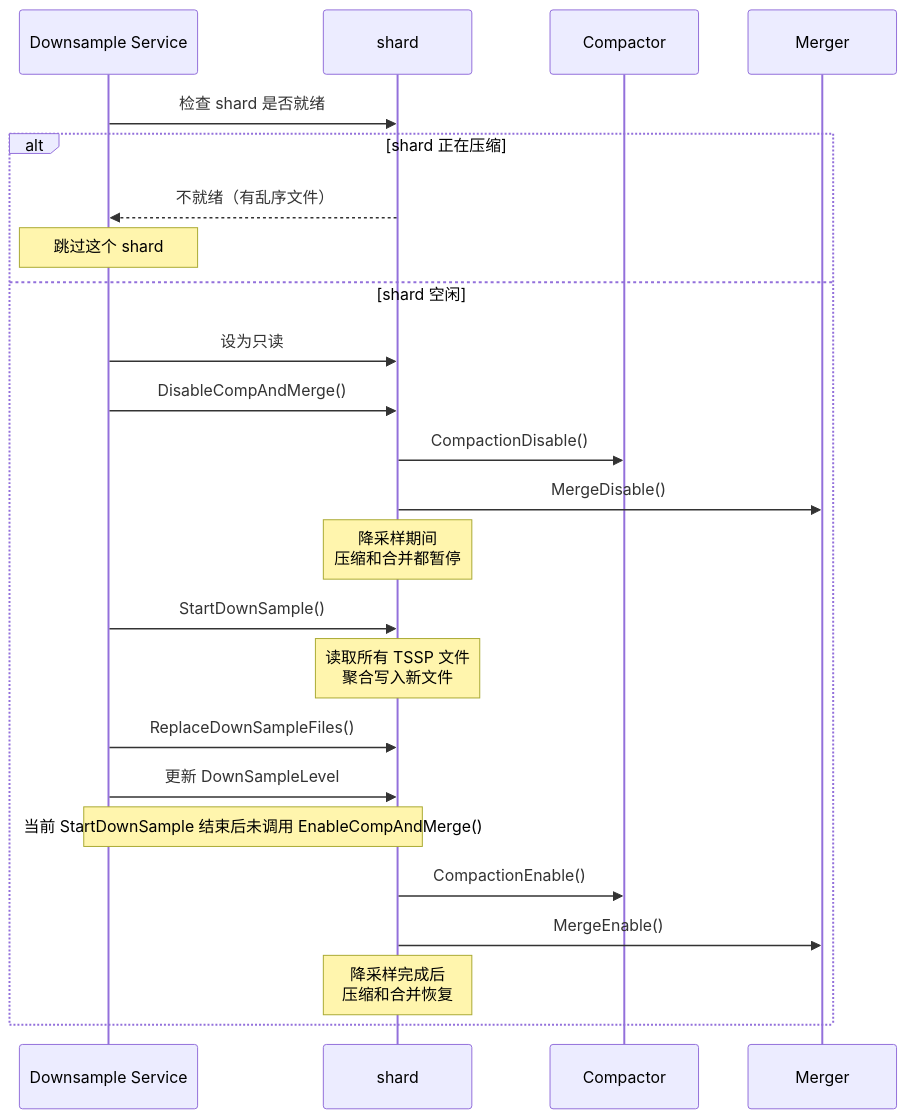
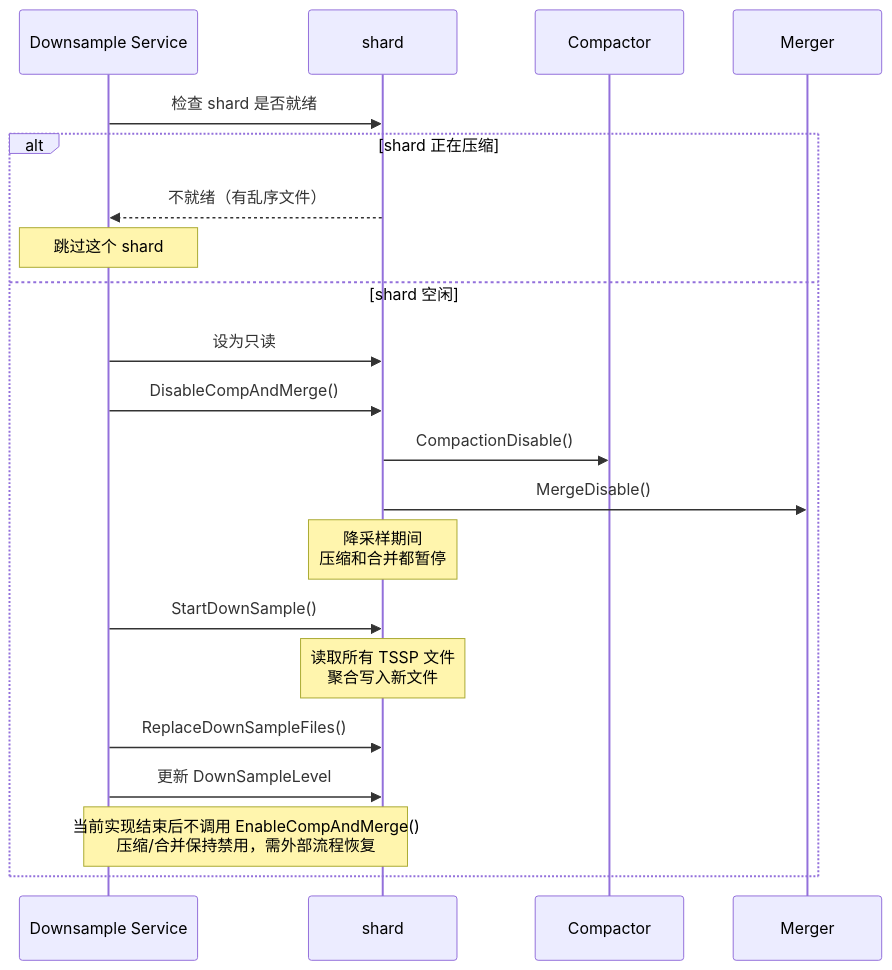
Diagram 13 of 18 in docs/specs/05_downsampling_spec.md (stefanv5/openGemini), drawn with Mermaid before and after one commit. The commit also changed other lines of this file and 37 other files, not shown here.

````diff
--- a/docs/specs/05_downsampling_spec.md
+++ b/docs/specs/05_downsampling_spec.md
@@ -1729,32 +1767,28 @@
 ```mermaid
 sequenceDiagram
     participant DS as Downsample Service
     participant Shard as shard
     participant Comp as Compactor
     participant Merge as Merger
 
     DS->>Shard: 检查 shard 是否就绪
 
     alt shard 正在压缩
         Shard-->>DS: 不就绪（有乱序文件）
         Note over DS: 跳过这个 shard
     else shard 空闲
         DS->>Shard: 设为只读
         DS->>Shard: DisableCompAndMerge()
         Shard->>Comp: CompactionDisable()
         Shard->>Merge: MergeDisable()
 
         Note over Shard: 降采样期间<br/>压缩和合并都暂停
 
         DS->>Shard: StartDownSample()
         Note over Shard: 读取所有 TSSP 文件<br/>聚合写入新文件
 
         DS->>Shard: ReplaceDownSampleFiles()
         DS->>Shard: 更新 DownSampleLevel
-        Note over DS,Shard: 当前 StartDownSample 结束后未调用 EnableCompAndMerge()
-        Shard->>Comp: CompactionEnable()
-        Shard->>Merge: MergeEnable()
-
-        Note over Shard: 降采样完成后<br/>压缩和合并恢复
+        Note over DS,Shard: 当前实现结束后不调用 EnableCompAndMerge()<br/>压缩/合并保持禁用，需外部流程恢复
     end
 ```
````
